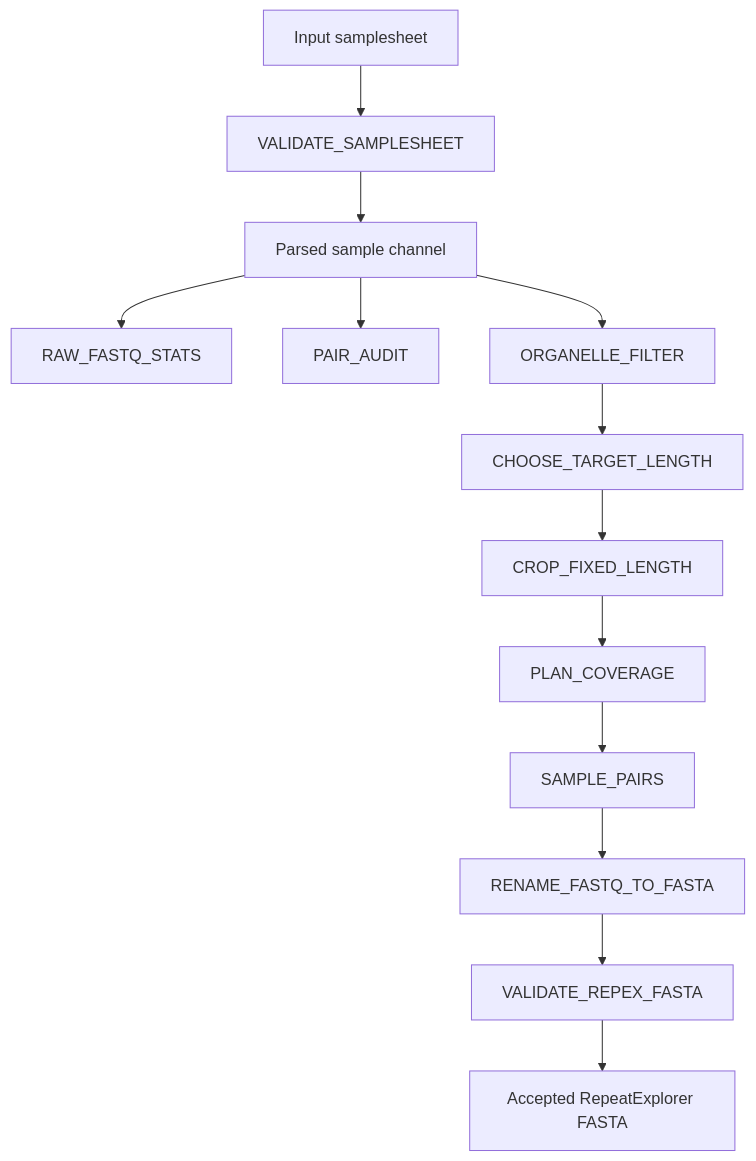
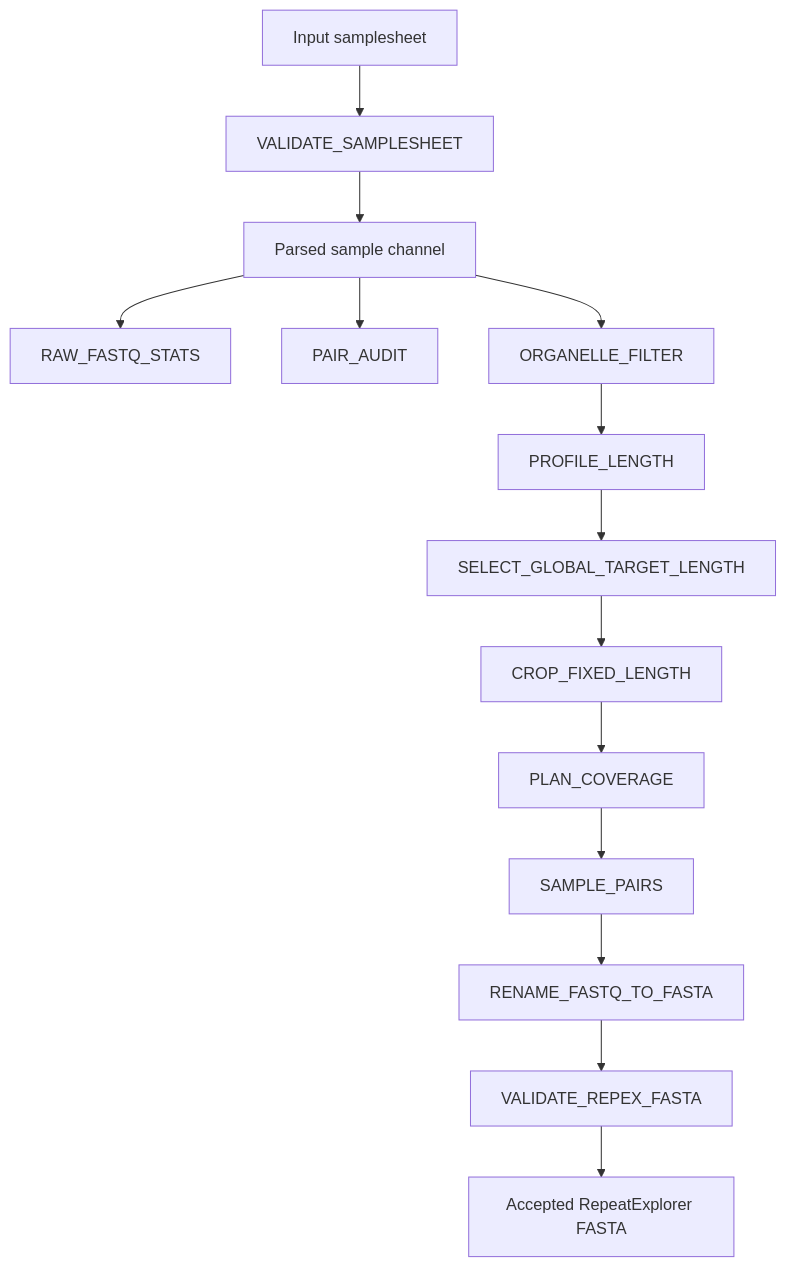
The diagram in README.md (luciadotcom/repexprep), drawn with Mermaid before and after one commit. The commit also changed 1 other file, not shown here.

Commit message:
fix: resolve check_max function error in metacentrum.config

````diff
--- a/README.md
+++ b/README.md
@@ -13,17 +13,18 @@
 ```mermaid
 flowchart TD
     A[Input samplesheet] --> B[VALIDATE_SAMPLESHEET]
     B --> C[Parsed sample channel]
 
     C --> D[RAW_FASTQ_STATS]
     C --> E[PAIR_AUDIT]
     C --> F[ORGANELLE_FILTER]
 
-    F --> G[CHOOSE_TARGET_LENGTH]
-    G --> H[CROP_FIXED_LENGTH]
-    H --> I[PLAN_COVERAGE]
-    I --> J[SAMPLE_PAIRS]
-    J --> K[RENAME_FASTQ_TO_FASTA]
-    K --> L[VALIDATE_REPEX_FASTA]
-    L --> M[Accepted RepeatExplorer FASTA]
+    F --> G[PROFILE_LENGTH]
+    G --> H[SELECT_GLOBAL_TARGET_LENGTH]
+    H --> I[CROP_FIXED_LENGTH]
+    I --> J[PLAN_COVERAGE]
+    J --> K[SAMPLE_PAIRS]
+    K --> L[RENAME_FASTQ_TO_FASTA]
+    L --> M[VALIDATE_REPEX_FASTA]
+    M --> N[Accepted RepeatExplorer FASTA]
 ```
````
